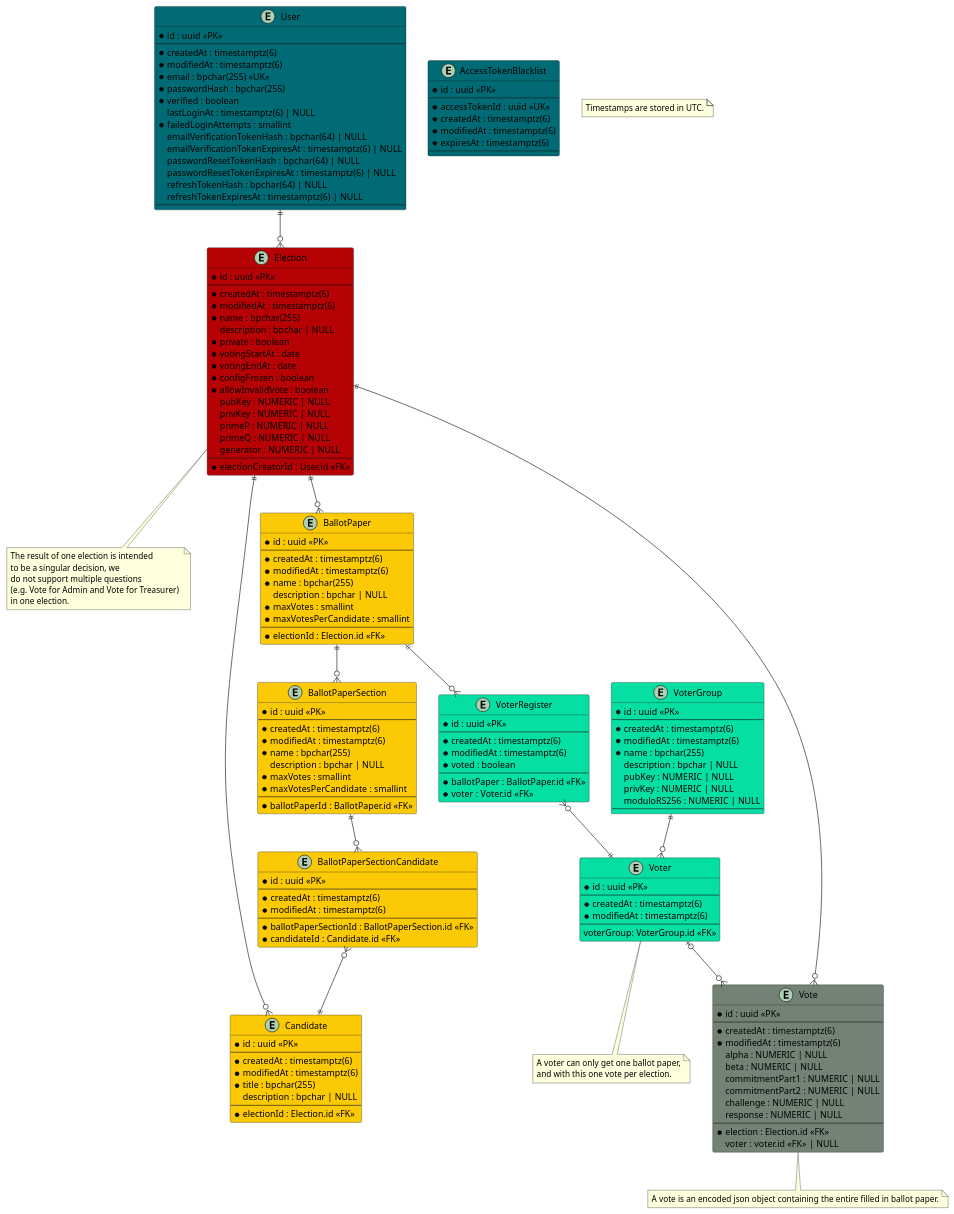
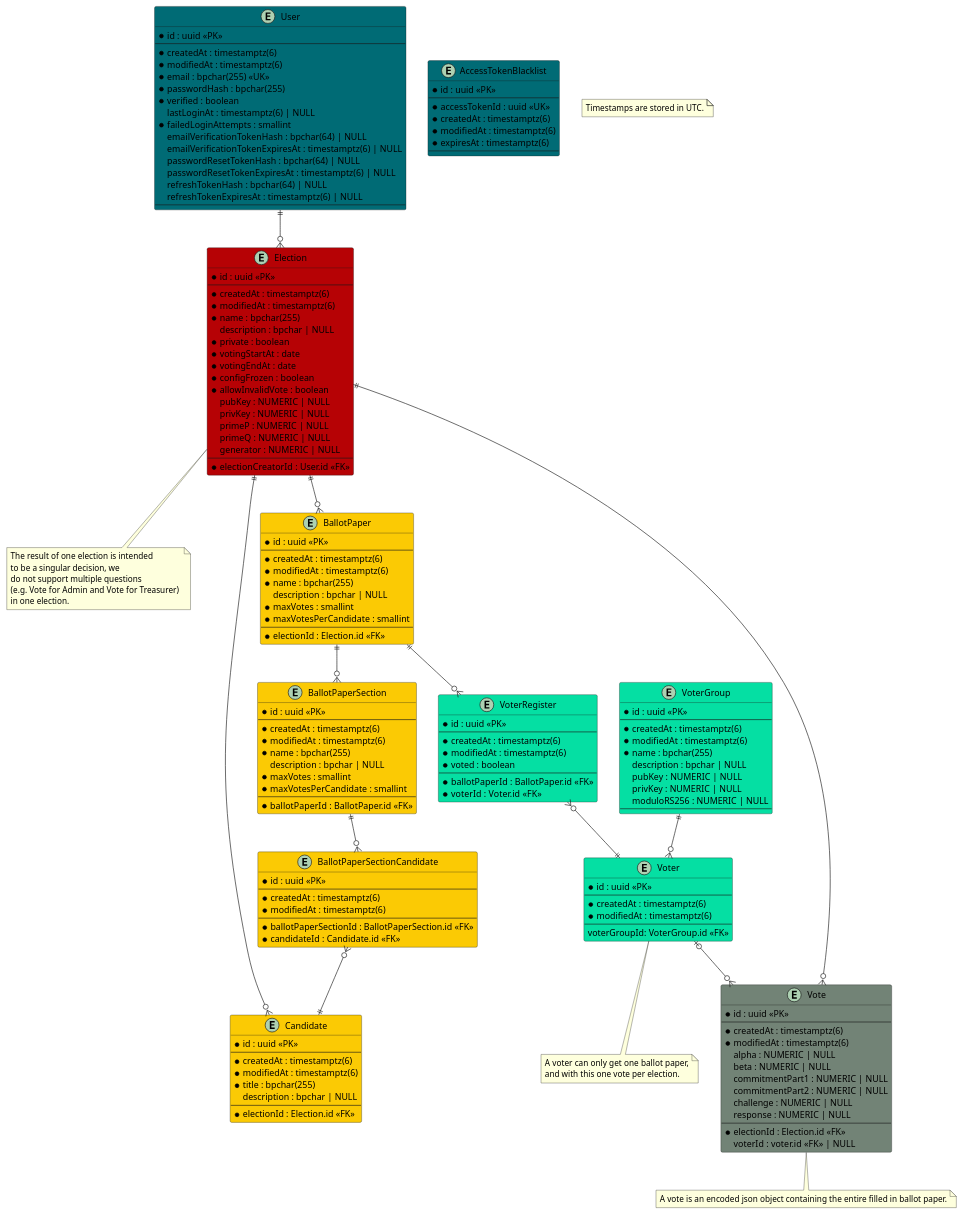
One commit to SE-UUlm/votura changed the diagram in apps/docs/static/uml/dataModel.puml. Above: the diagram before and after it, drawn with PlantUML. The commit also changed 3 other files, not shown here.

```diff
--- a/apps/docs/static/uml/dataModel.puml
+++ b/apps/docs/static/uml/dataModel.puml
@@ -132,9 +132,9 @@
     challenge : NUMERIC | NULL
     response : NUMERIC | NULL
     --
-    * election : Election.id <<FK>>
+    * electionId : Election.id <<FK>>
     ' if the vote isn't secret, voter can be saved
-    voter : voter.id <<FK>> | NULL
+    voterId : voter.id <<FK>> | NULL
 }
 note as N4
 A vote is an encoded json object containing the entire filled in ballot paper.
@@ -147,8 +147,8 @@
     * modifiedAt : timestamptz(6)
     * voted : boolean
     --
-    * ballotPaper : BallotPaper.id <<FK>>
-    * voter : Voter.id <<FK>>
+    * ballotPaperId : BallotPaper.id <<FK>>
+    * voterId : Voter.id <<FK>>
 }
 
 entity "Voter" as voters #05DFA3 {
@@ -157,7 +157,7 @@
     * createdAt : timestamptz(6)
     * modifiedAt : timestamptz(6)
     --
-    voterGroup: VoterGroup.id <<FK>>
+    voterGroupId: VoterGroup.id <<FK>>
 }
 note as N3
 A voter can only get one ballot paper,
```
